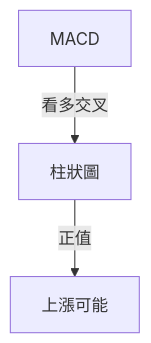
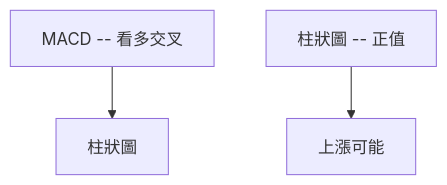
One commit to yennanliu/finance_data changed the seventh of 11 diagrams in ai_gen_report/stock/nvda/technical_analysis_2026-04-03_openai.md. Above: the diagram before and after it, drawn with Mermaid. The commit also changed other lines of this file and 2258 other files, not shown here.

First line of the commit message:
chore: backfill Mermaid syntax repair across existing reports

````diff
--- a/ai_gen_report/stock/nvda/technical_analysis_2026-04-03_openai.md
+++ b/ai_gen_report/stock/nvda/technical_analysis_2026-04-03_openai.md
@@ -261,5 +261,5 @@
 ```mermaid
 graph TD
-    MACD -- 看多交叉 --> 柱狀圖
-    柱狀圖 -- 正值 --> 上漲可能
+    nb1["MACD -- 看多交叉"] --> 柱狀圖
+    nb2["柱狀圖 -- 正值"] --> 上漲可能
 ```
````
